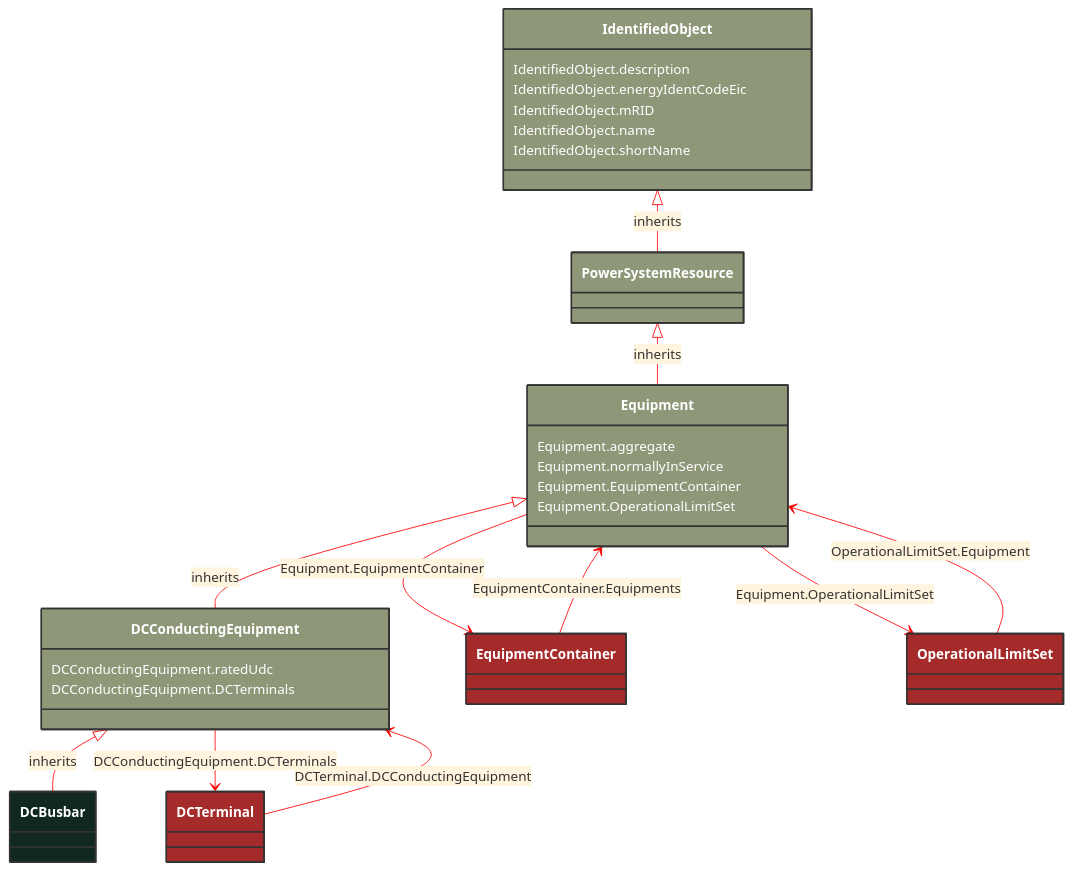
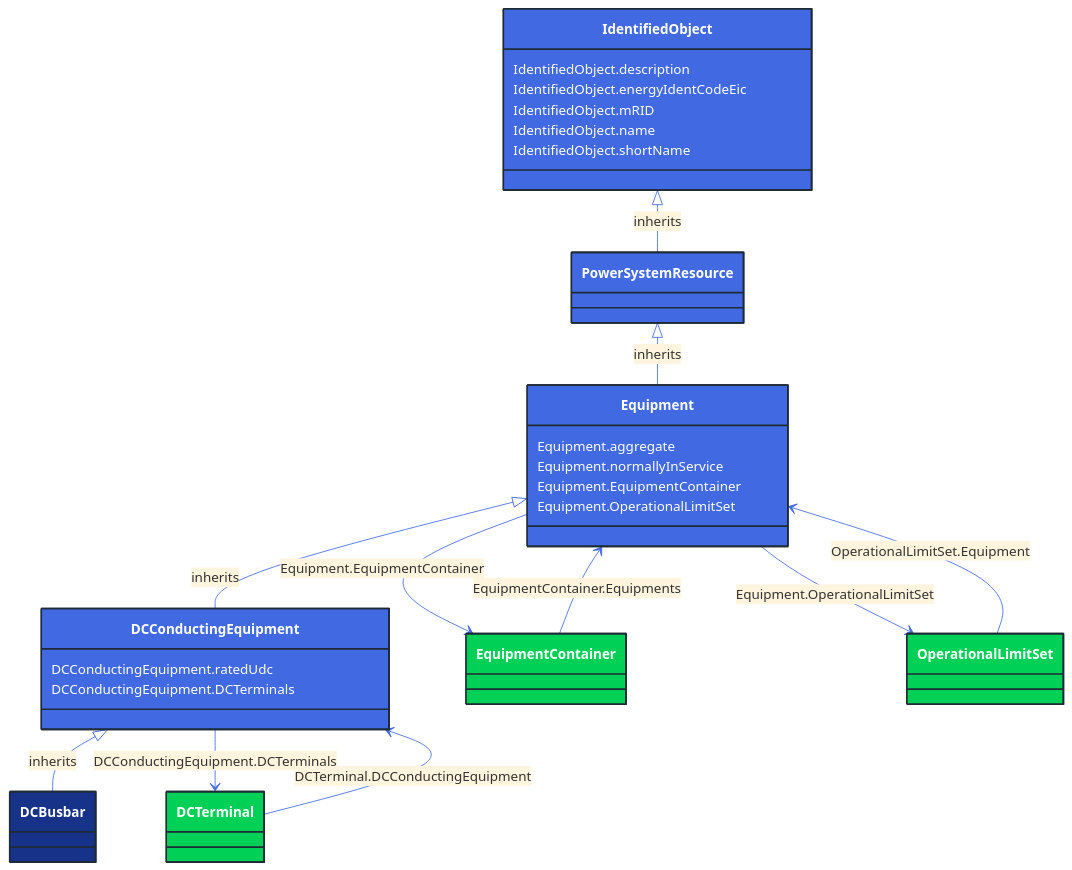
Before and after one commit to 3lbits/NoCIMExtensions: the diagram in docs/Models/Profiles/CoreEquipment/ConcreteClasses/DCBusbar.md, drawn with Mermaid. The commit also changed 362 other files, not shown here.

First line of the commit message:
Update diagrams and styles for improved visual consistency

````diff
--- a/docs/Models/Profiles/CoreEquipment/ConcreteClasses/DCBusbar.md
+++ b/docs/Models/Profiles/CoreEquipment/ConcreteClasses/DCBusbar.md
@@ -8,70 +8,70 @@
 ```mermaid
-%%{init: {'theme':'base','themeVariables': {'lineColor': '#FF0000'}}}%%
+%%{init: {'theme':'base','themeVariables': {'lineColor': '#4169E1'}}}%%
 classDiagram
     class DCBusbar
     click DCBusbar href "/Models/Profiles/CoreEquipment/ConcreteClasses/DCBusbar/"
-    style DCBusbar fill:#102820,stroke:#333,stroke-width:2px,rx:10,ry:10,color:white
+    style DCBusbar fill:#163289,stroke:#1F2A37,stroke-width:2px,rx:10,ry:10,color:white
      
         DCConductingEquipment <|-- DCBusbar : inherits
             click DCConductingEquipment href "/Models/Profiles/CoreEquipment/AbstractClasses/DCConductingEquipment/"
-            style DCConductingEquipment fill:#8F9779,stroke:#333,stroke-width:2px,rx:10,ry:10,color:white
+            style DCConductingEquipment fill:#4169E1,stroke:#1F2A37,stroke-width:2px,rx:10,ry:10,color:white
      
         Equipment <|-- DCConductingEquipment : inherits
             click Equipment href "/Models/Profiles/CoreEquipment/AbstractClasses/Equipment/"
-            style Equipment fill:#8F9779,stroke:#333,stroke-width:2px,rx:10,ry:10,color:white
+            style Equipment fill:#4169E1,stroke:#1F2A37,stroke-width:2px,rx:10,ry:10,color:white
      
         PowerSystemResource <|-- Equipment : inherits
             click PowerSystemResource href "/Models/Profiles/CoreEquipment/AbstractClasses/PowerSystemResource/"
-            style PowerSystemResource fill:#8F9779,stroke:#333,stroke-width:2px,rx:10,ry:10,color:white
+            style PowerSystemResource fill:#4169E1,stroke:#1F2A37,stroke-width:2px,rx:10,ry:10,color:white
      
         IdentifiedObject <|-- PowerSystemResource : inherits
             click IdentifiedObject href "/Models/Profiles/CoreEquipment/AbstractClasses/IdentifiedObject/"
-            style IdentifiedObject fill:#8F9779,stroke:#333,stroke-width:2px,rx:10,ry:10,color:white
+            style IdentifiedObject fill:#4169E1,stroke:#1F2A37,stroke-width:2px,rx:10,ry:10,color:white
 
         DCConductingEquipment --> DCTerminal : DCConductingEquipment.DCTerminals
 
         DCTerminal
             click DCTerminal href "/Models/Profiles/CoreEquipment/ConcreteClasses/DCTerminal/"
-            style DCTerminal fill:#A52A2A,stroke:#333,stroke-width:2px,rx:10,ry:10,color:white
+            style DCTerminal fill:#00D156,stroke:#1F2A37,stroke-width:2px,rx:10,ry:10,color:white
         Equipment --> EquipmentContainer : Equipment.EquipmentContainer
 
         EquipmentContainer
             click EquipmentContainer href "/Models/Profiles/CoreEquipment/AbstractClasses/EquipmentContainer/"
-            style EquipmentContainer fill:#A52A2A,stroke:#333,stroke-width:2px,rx:10,ry:10,color:white
+            style EquipmentContainer fill:#00D156,stroke:#1F2A37,stroke-width:2px,rx:10,ry:10,color:white
         Equipment --> OperationalLimitSet : Equipment.OperationalLimitSet
 
         OperationalLimitSet
             click OperationalLimitSet href "/Models/Profiles/CoreEquipment/ConcreteClasses/OperationalLimitSet/"
-            style OperationalLimitSet fill:#A52A2A,stroke:#333,stroke-width:2px,rx:10,ry:10,color:white
+            style OperationalLimitSet fill:#00D156,stroke:#1F2A37,stroke-width:2px,rx:10,ry:10,color:white
 
         DCTerminal --> DCConductingEquipment : DCTerminal.DCConductingEquipment
 
         DCTerminal
             click DCTerminal href "/Models/Profiles/CoreEquipment/ConcreteClasses/DCTerminal/"
-            style DCTerminal fill:#A52A2A,stroke:#333,stroke-width:2px,rx:10,ry:10,color:white
+            style DCTerminal fill:#00D156,stroke:#1F2A37,stroke-width:2px,rx:10,ry:10,color:white
 
         EquipmentContainer --> Equipment : EquipmentContainer.Equipments
 
         EquipmentContainer
             click EquipmentContainer href "/Models/Profiles/CoreEquipment/AbstractClasses/EquipmentContainer/"
-            style EquipmentContainer fill:#A52A2A,stroke:#333,stroke-width:2px,rx:10,ry:10,color:white
+            style EquipmentContainer fill:#00D156,stroke:#1F2A37,stroke-width:2px,rx:10,ry:10,color:white
 
         OperationalLimitSet --> Equipment : OperationalLimitSet.Equipment
 
         OperationalLimitSet
             click OperationalLimitSet href "/Models/Profiles/CoreEquipment/ConcreteClasses/OperationalLimitSet/"
-            style OperationalLimitSet fill:#A52A2A,stroke:#333,stroke-width:2px,rx:10,ry:10,color:white
+            style OperationalLimitSet fill:#00D156,stroke:#1F2A37,stroke-width:2px,rx:10,ry:10,color:white
 
 
         DCConductingEquipment : DCConductingEquipment.ratedUdc
         DCConductingEquipment : DCConductingEquipment.DCTerminals
         Equipment : Equipment.aggregate
         Equipment : Equipment.normallyInService
         Equipment : Equipment.EquipmentContainer
         Equipment : Equipment.OperationalLimitSet
         IdentifiedObject : IdentifiedObject.description
         IdentifiedObject : IdentifiedObject.energyIdentCodeEic
         IdentifiedObject : IdentifiedObject.mRID
         IdentifiedObject : IdentifiedObject.name
         IdentifiedObject : IdentifiedObject.shortName
 ```
````
